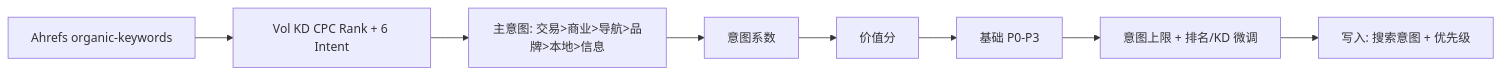
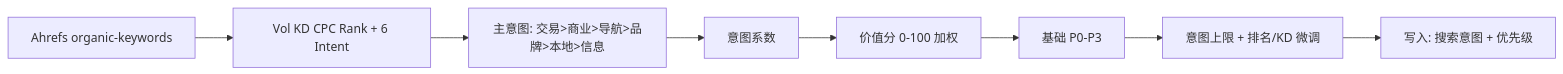
The diagram in docs/keyword-grading-scheme.md (qinqining/seo-data-dashboard), drawn with Mermaid before and after one commit. The commit also changed other lines of this file and 5 other files, not shown here.

````diff
--- a/docs/keyword-grading-scheme.md
+++ b/docs/keyword-grading-scheme.md
@@ -128,10 +129,10 @@
 ```mermaid
 flowchart LR
   A[Ahrefs organic-keywords] --> B[Vol KD CPC Rank + 6 Intent]
   B --> C[主意图: 交易>商业>导航>品牌>本地>信息]
   C --> D[意图系数]
-  D --> E[价值分]
+  D --> E[价值分 0-100 加权]
   E --> F[基础 P0-P3]
   F --> G[意图上限 + 排名/KD 微调]
   G --> H[写入: 搜索意图 + 优先级]
 ```
````
